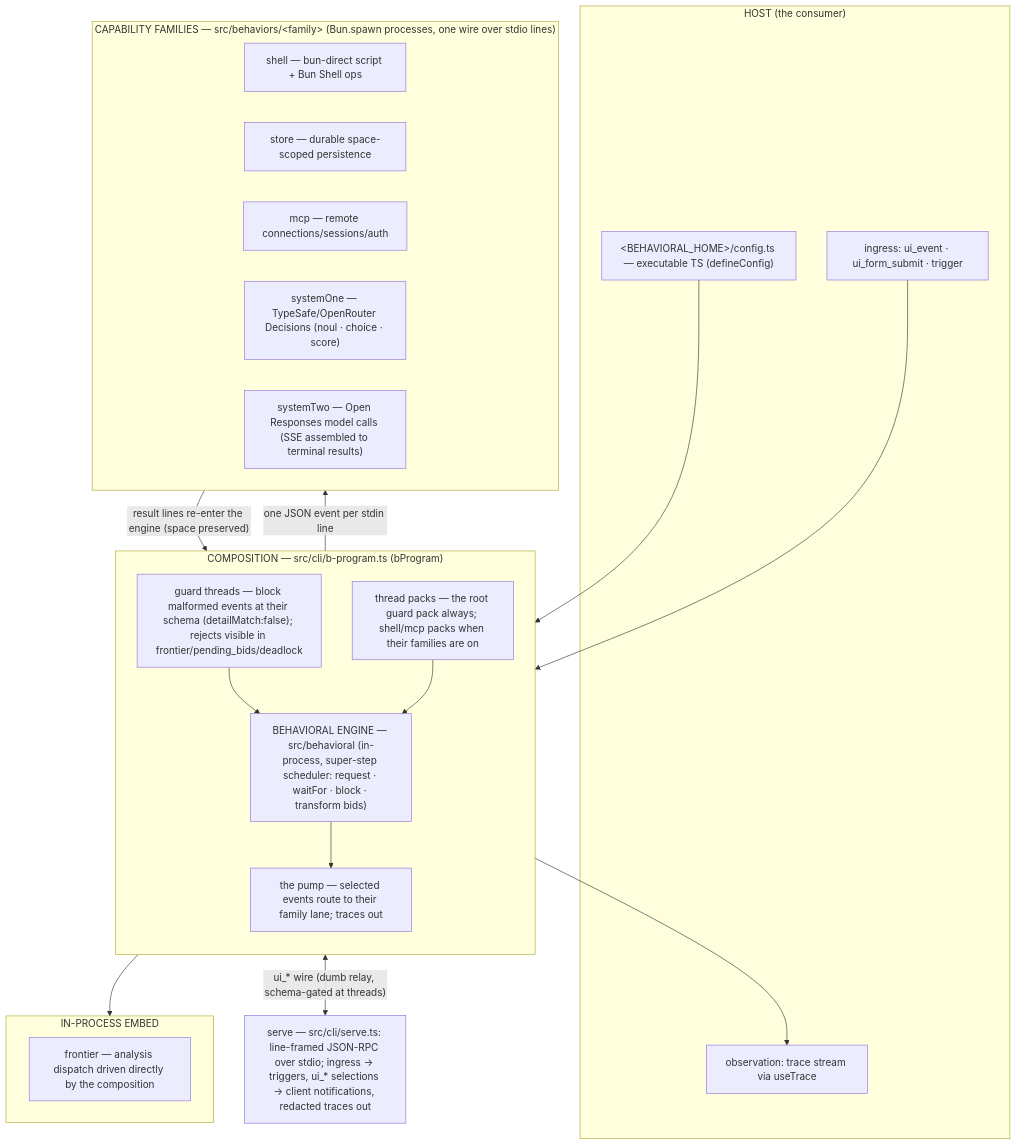
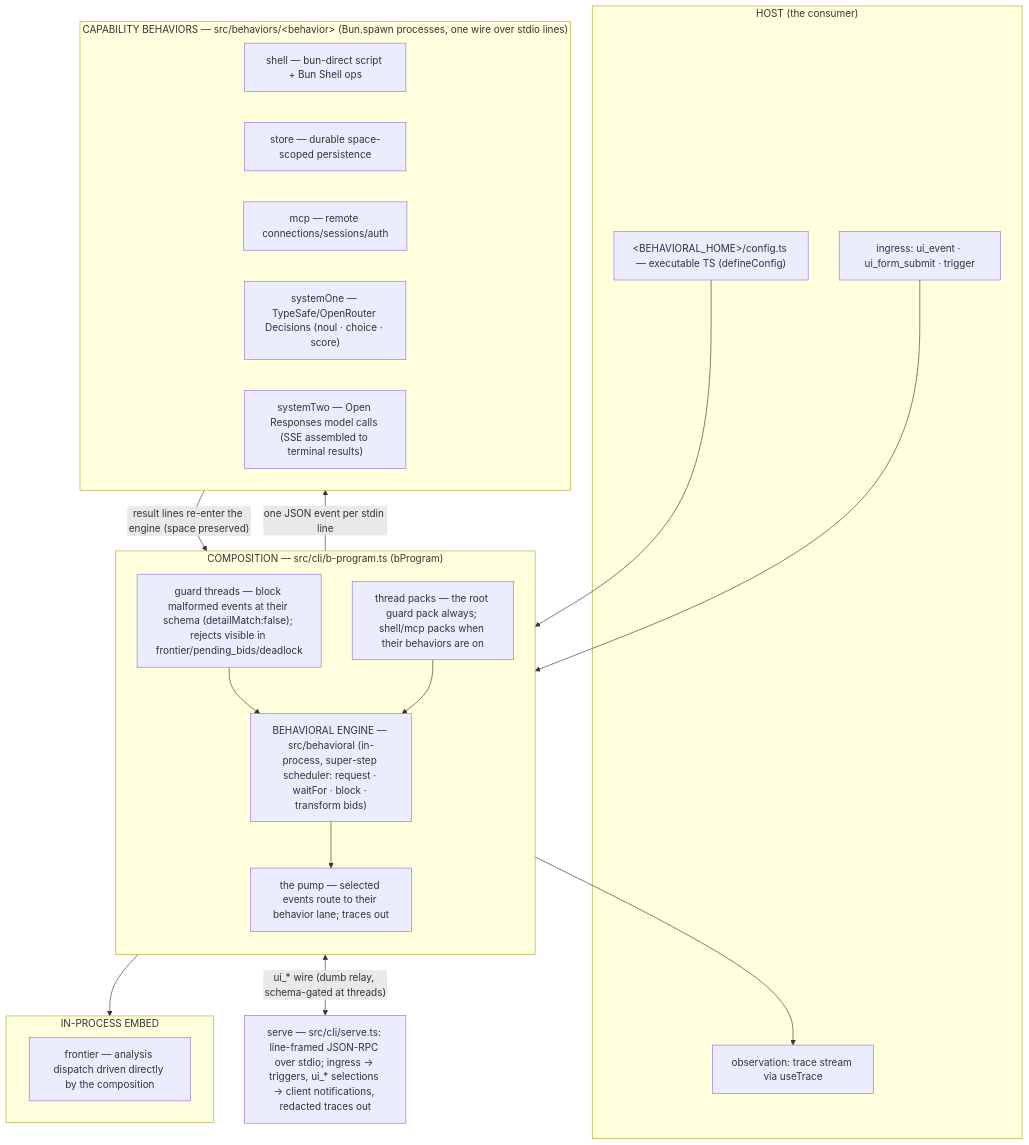
Before and after one commit to plaited/behavioral: the diagram in README.md, drawn with Mermaid. The commit also changed other lines of this file and 29 other files, not shown here.

````diff
--- a/README.md
+++ b/README.md
@@ -16,41 +16,41 @@
 ```mermaid
 flowchart TD
   subgraph HOST["HOST (the consumer)"]
     CONFIG["&lt;BEHAVIORAL_HOME&gt;/config.ts — executable TS (defineConfig)"]
     INGRESS["ingress: ui_event · ui_form_submit · trigger"]
     OUT["observation: trace stream via useTrace"]
   end
 
   subgraph COMPOSE["COMPOSITION — src/cli/b-program.ts (bProgram)"]
     direction TB
     ENGINE["BEHAVIORAL ENGINE — src/behavioral (in-process, super-step scheduler: request · waitFor · block · transform bids)"]
-    ROUTER["the pump — selected events route to their family lane; traces out"]
+    ROUTER["the pump — selected events route to their behavior lane; traces out"]
     GUARDS["guard threads — block malformed events at their schema (detailMatch:false); rejects visible in frontier/pending_bids/deadlock"]
-    PACKS["thread packs — the root guard pack always; shell/mcp packs when their families are on"]
+    PACKS["thread packs — the root guard pack always; shell/mcp packs when their behaviors are on"]
     ENGINE --> ROUTER
     GUARDS --> ENGINE
     PACKS --> ENGINE
   end
 
-  subgraph FAMILIES["CAPABILITY FAMILIES — src/behaviors/&lt;family&gt; (Bun.spawn processes, one wire over stdio lines)"]
+  subgraph BEHAVIORS["CAPABILITY BEHAVIORS — src/behaviors/&lt;behavior&gt; (Bun.spawn processes, one wire over stdio lines)"]
     SHELL["shell — bun-direct script + Bun Shell ops"]
     STORE["store — durable space-scoped persistence"]
     MCP["mcp — remote connections/sessions/auth"]
     S1["systemOne — TypeSafe/OpenRouter Decisions (noul · choice · score)"]
     S2["systemTwo — Open Responses model calls (SSE assembled to terminal results)"]
   end
 
   subgraph EMBED["IN-PROCESS EMBED"]
     FRONTIER["frontier — analysis dispatch driven directly by the composition"]
   end
 
   IPC["serve — src/cli/serve.ts: line-framed JSON-RPC over stdio; ingress → triggers, ui_* selections → client notifications, redacted traces out"]
 
   CONFIG --> COMPOSE
   INGRESS --> COMPOSE
   COMPOSE --> OUT
-  ROUTER -->|"one JSON event per stdin line"| FAMILIES
-  FAMILIES -->|"result lines re-enter the engine (space preserved)"| ROUTER
+  ROUTER -->|"one JSON event per stdin line"| BEHAVIORS
+  BEHAVIORS -->|"result lines re-enter the engine (space preserved)"| ROUTER
   COMPOSE --> EMBED
   COMPOSE <-->|"ui_* wire (dumb relay, schema-gated at threads)"| IPC
 ```
````
